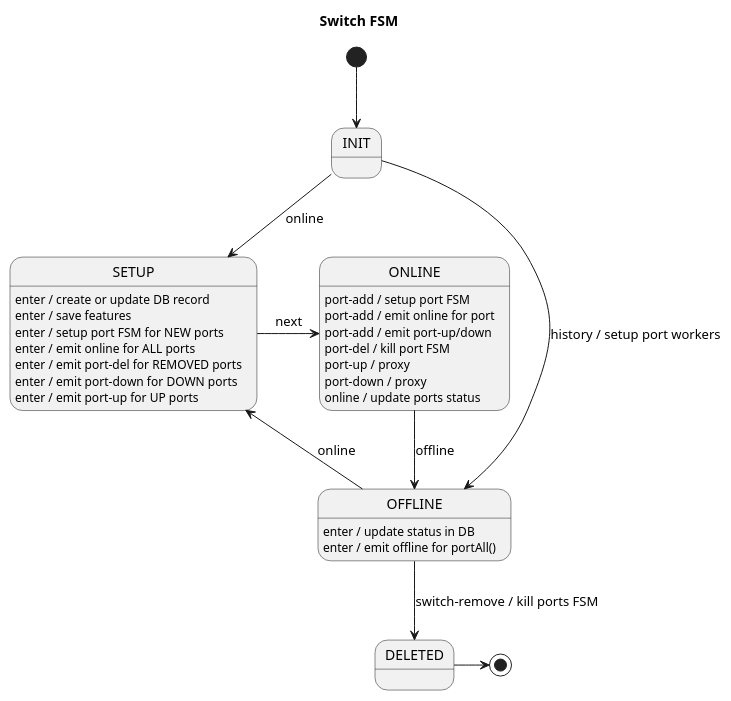
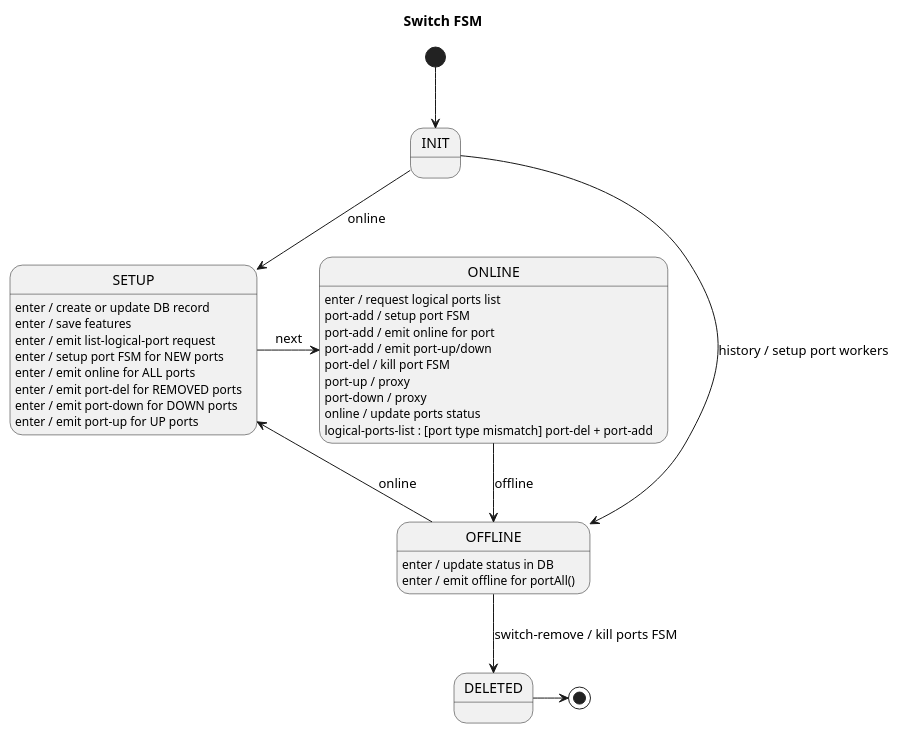
Before and after one commit to telstra/open-kilda: the diagram in docs/design/network-discovery/switch-FSM.puml, drawn with PlantUML. The commit also changed 6 other files, not shown here.

```diff
--- a/docs/design/network-discovery/switch-FSM.puml
+++ b/docs/design/network-discovery/switch-FSM.puml
@@ -22,33 +22,36 @@
 @startuml
 title Switch FSM
 
 [*] --> INIT
 
 INIT --> OFFLINE : history / setup port workers
 INIT --> SETUP : online
 
 SETUP : enter / create or update DB record
 SETUP : enter / save features
+SETUP : enter / emit list-logical-port request
 SETUP : enter / setup port FSM for NEW ports
 SETUP : enter / emit online for ALL ports
 SETUP : enter / emit port-del for REMOVED ports
 SETUP : enter / emit port-down for DOWN ports
 SETUP : enter / emit port-up for UP ports
 SETUP -r-> ONLINE : next
 
+ONLINE : enter / request logical ports list
 ONLINE : port-add / setup port FSM
 ONLINE : port-add / emit online for port
 ONLINE : port-add / emit port-up/down
 ONLINE : port-del / kill port FSM
 ONLINE : port-up / proxy
 ONLINE : port-down / proxy
 ONLINE : online / update ports status
+ONLINE : logical-ports-list : [port type mismatch] port-del + port-add
 ONLINE --> OFFLINE : offline
 
 OFFLINE : enter / update status in DB
 OFFLINE : enter / emit offline for portAll()
 OFFLINE --> SETUP : online
 OFFLINE --> DELETED: switch-remove / kill ports FSM
 DELETED -> [*]
 
 @enduml
```
